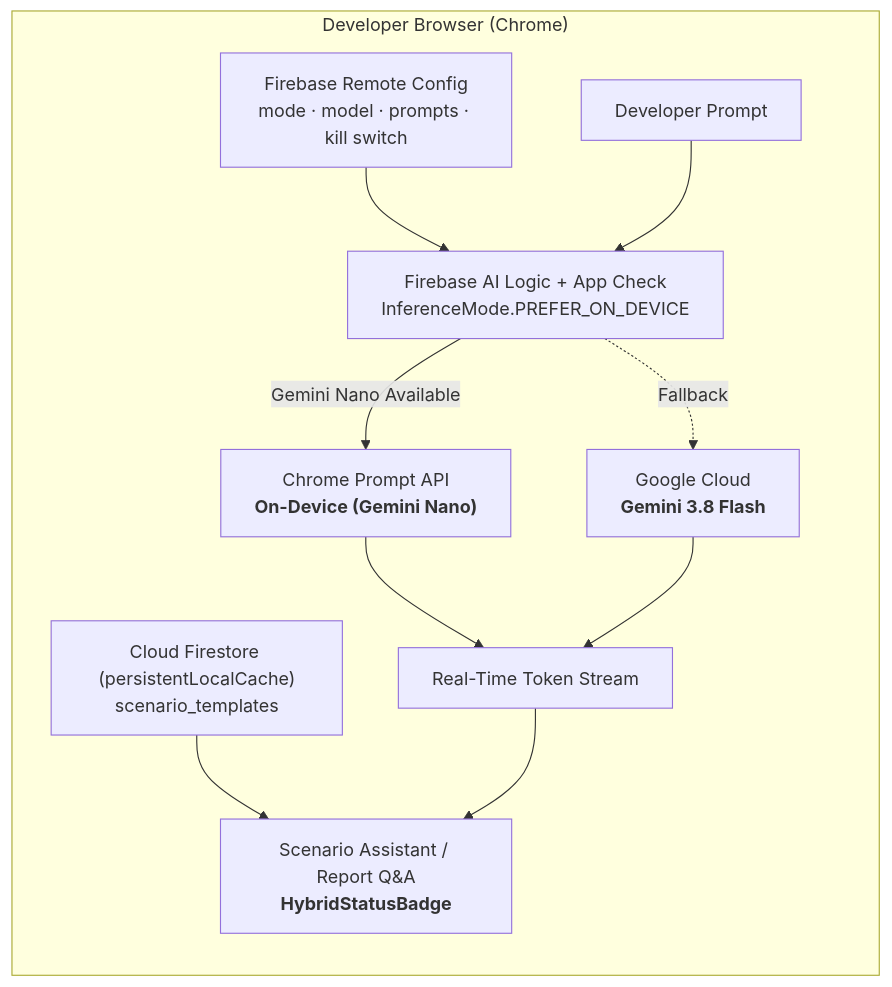
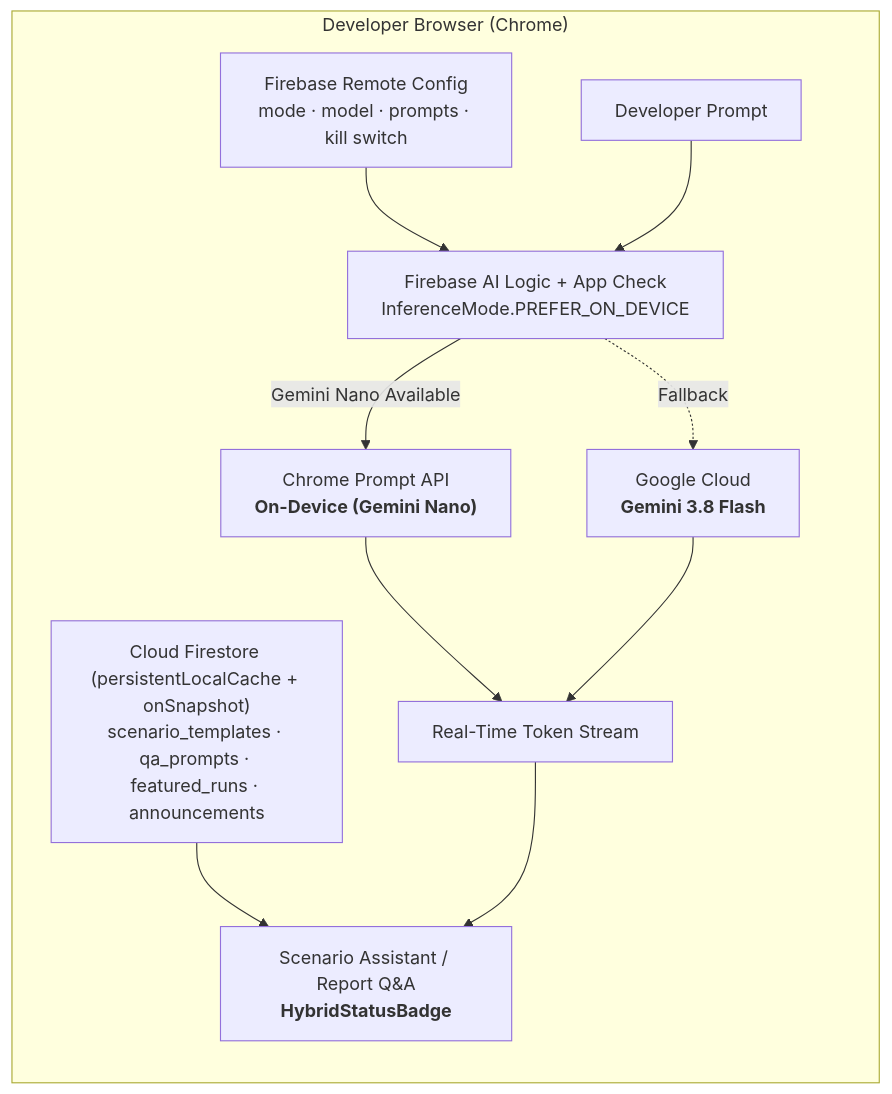
The second of 2 diagrams in README.md (mbayue/macro), drawn with Mermaid before and after one commit. The commit also changed 6 other files, not shown here.

Commit message:
fix(firestore): resolve review findings and sync architecture, README, and privacy policy

````diff
--- a/README.md
+++ b/README.md
@@ -60,13 +60,13 @@
 ```mermaid
 flowchart LR
   subgraph Client["Developer Browser (Chrome)"]
     RC["Firebase Remote Config<br/>mode · model · prompts · kill switch"] --> SDK
-    FS["Cloud Firestore (persistentLocalCache)<br/>scenario_templates"] --> UI
+    FS["Cloud Firestore (persistentLocalCache + onSnapshot)<br/>scenario_templates · qa_prompts · featured_runs · announcements"] --> UI
     U[Developer Prompt] --> SDK["Firebase AI Logic + App Check<br/>InferenceMode.PREFER_ON_DEVICE"]
     SDK -->|Gemini Nano Available| NANO["Chrome Prompt API<br/><b>On-Device (Gemini Nano)</b>"]
     SDK -.->|Fallback| CLOUD["Google Cloud<br/><b>Gemini 3.8 Flash</b>"]
     NANO --> STREAM["Real-Time Token Stream"]
     CLOUD --> STREAM
     STREAM --> UI["Scenario Assistant / Report Q&A<br/><b>HybridStatusBadge</b>"]
   end
 ```
````
